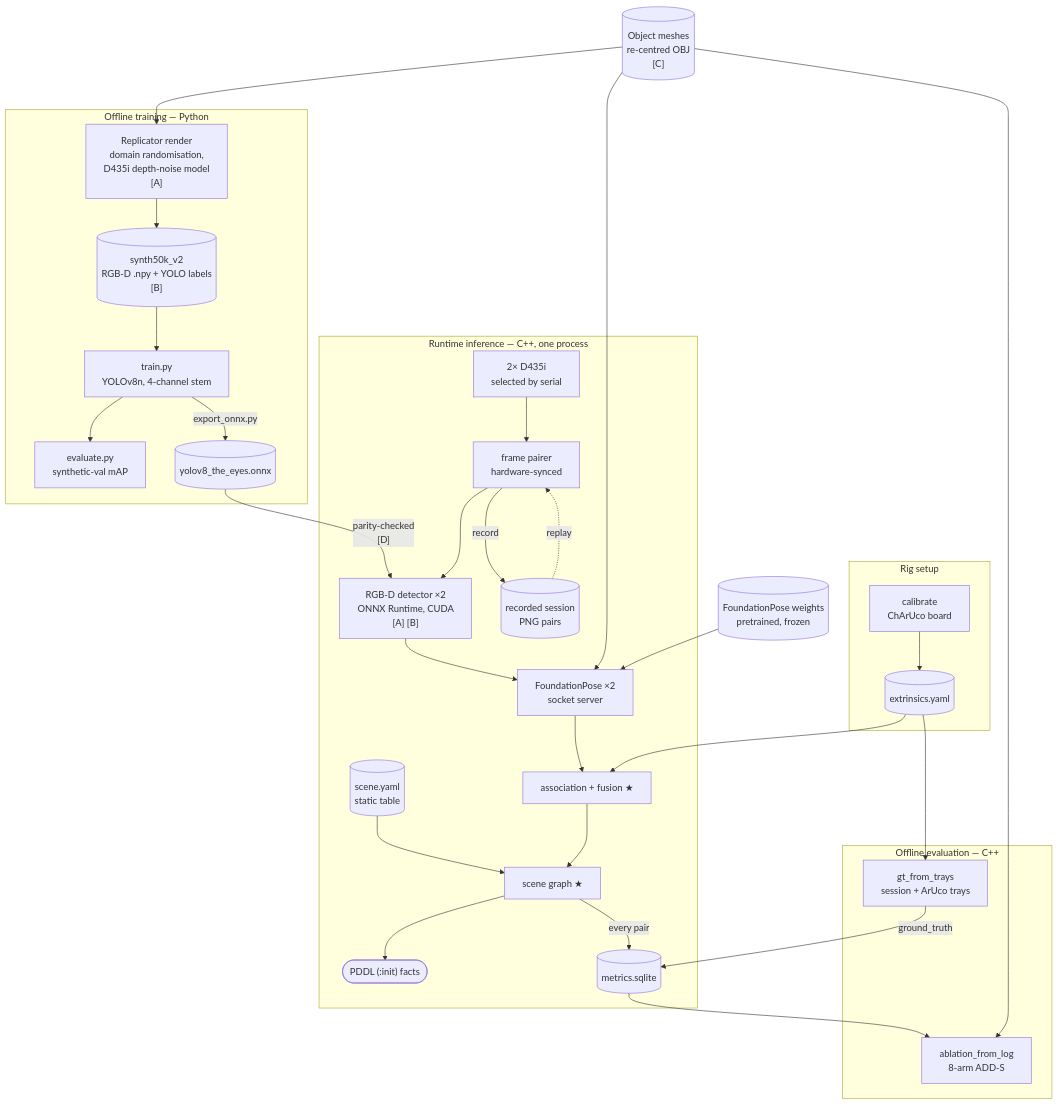
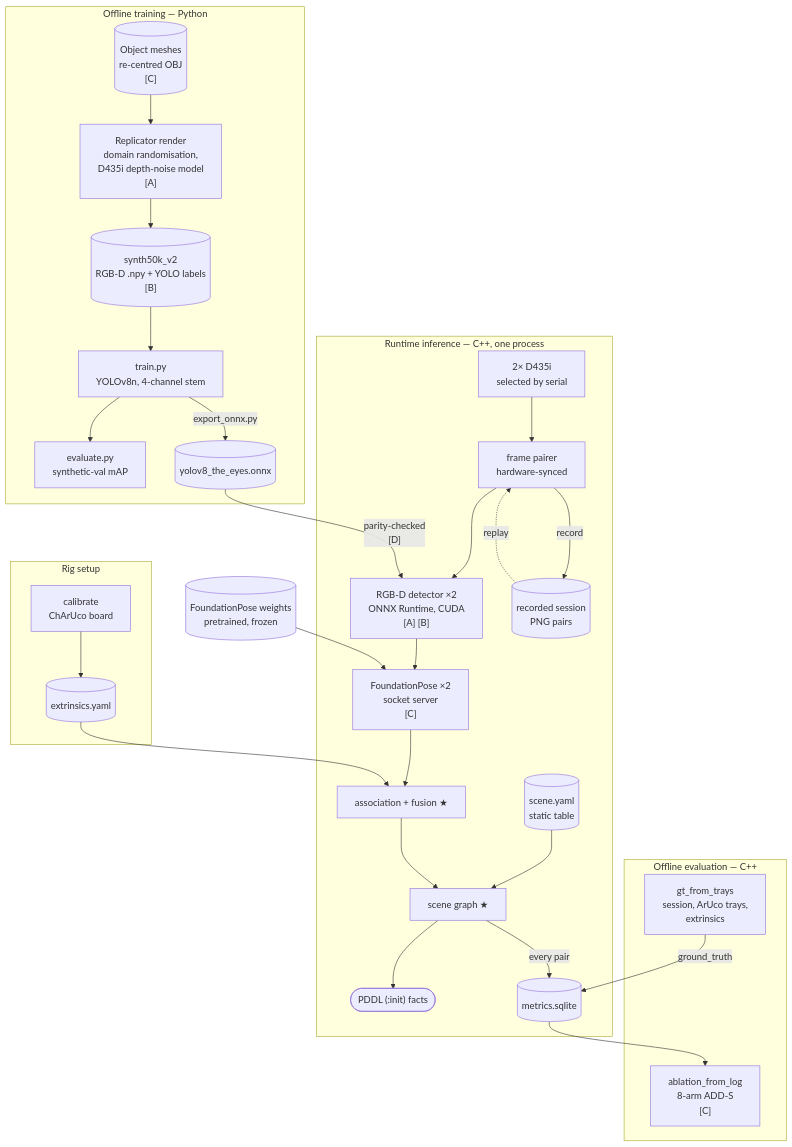
Before and after one commit to chanwaijye/PRS-PM-2026-09-15-AIS08-GRP-12-TheEyes: the second of 2 diagrams in ProjectReport/PRS-PM-2026-AIS08-GRP-12-TheEyes-Proposal.md, drawn with Mermaid. The commit also changed other lines of this file, not shown here.

````diff
--- a/ProjectReport/PRS-PM-2026-AIS08-GRP-12-TheEyes-Proposal.md
+++ b/ProjectReport/PRS-PM-2026-AIS08-GRP-12-TheEyes-Proposal.md
@@ -178,48 +178,45 @@
 ```mermaid
 flowchart TD
-    MESH[("Object meshes<br>re-centred OBJ<br>[C]")]
     FPW[("FoundationPose weights<br>pretrained, frozen")]
 
     subgraph TRAIN["Offline training — Python"]
+        MESH[("Object meshes<br>re-centred OBJ<br>[C]")]
         REP["Replicator render<br>domain randomisation,<br>D435i depth-noise model<br>[A]"]
         DS[("synth50k_v2<br>RGB-D .npy + YOLO labels<br>[B]")]
         TR["train.py<br>YOLOv8n, 4-channel stem"]
         EV["evaluate.py<br>synthetic-val mAP"]
         ONNX[("yolov8_the_eyes.onnx")]
         REP --> DS --> TR
         TR --> EV
         TR -->|export_onnx.py| ONNX
     end
 
     subgraph SETUP["Rig setup"]
         CAL["calibrate<br>ChArUco board"] --> EXT[("extrinsics.yaml")]
     end
 
     subgraph RUN["Runtime inference — C++, one process"]
         SCN[("scene.yaml<br>static table")] --> SG
         CAM["2× D435i<br>selected by serial"] --> PAIR["frame pairer<br>hardware-synced"]
         PAIR --> DET["RGB-D detector ×2<br>ONNX Runtime, CUDA<br>[A] [B]"]
-        DET --> POSE["FoundationPose ×2<br>socket server"]
+        DET --> POSE["FoundationPose ×2<br>socket server<br>[C]"]
         POSE --> FUS["association + fusion ★"]
         FUS --> SG["scene graph ★"]
         SG --> PDDL(["PDDL (:init) facts"])
         SG -->|every pair| DB[("metrics.sqlite")]
         PAIR -->|record| REC[("recorded session<br>PNG pairs")]
         REC -.->|replay| PAIR
     end
 
     subgraph EVAL["Offline evaluation — C++"]
-        GT["gt_from_trays<br>session + ArUco trays"]
-        ABL["ablation_from_log<br>8-arm ADD-S"]
+        GT["gt_from_trays<br>session, ArUco trays,<br>extrinsics"]
+        ABL["ablation_from_log<br>8-arm ADD-S<br>[C]"]
     end
 
     MESH --> REP
-    MESH --> POSE
-    MESH --> ABL
     FPW --> POSE
     ONNX -->|"parity-checked<br>[D]"| DET
     EXT --> FUS
-    EXT --> GT
     GT -->|ground_truth| DB
     DB --> ABL
 ```
````
